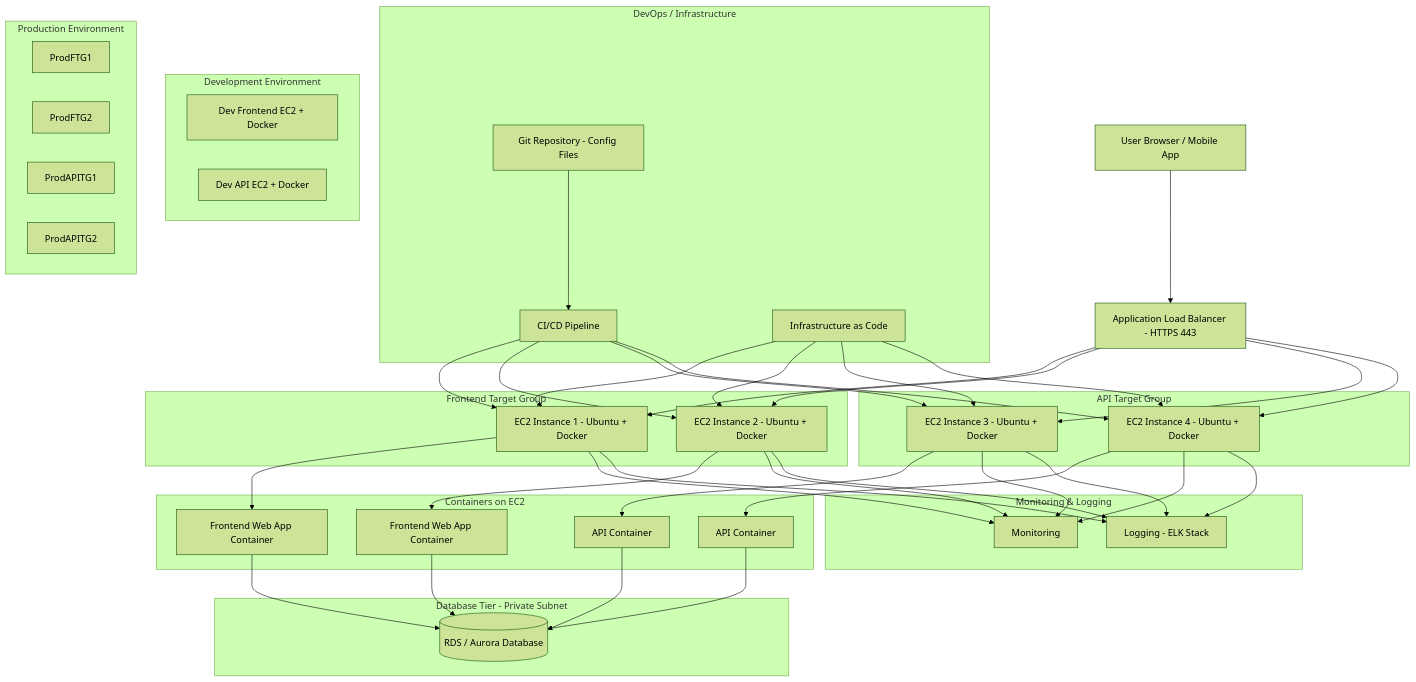
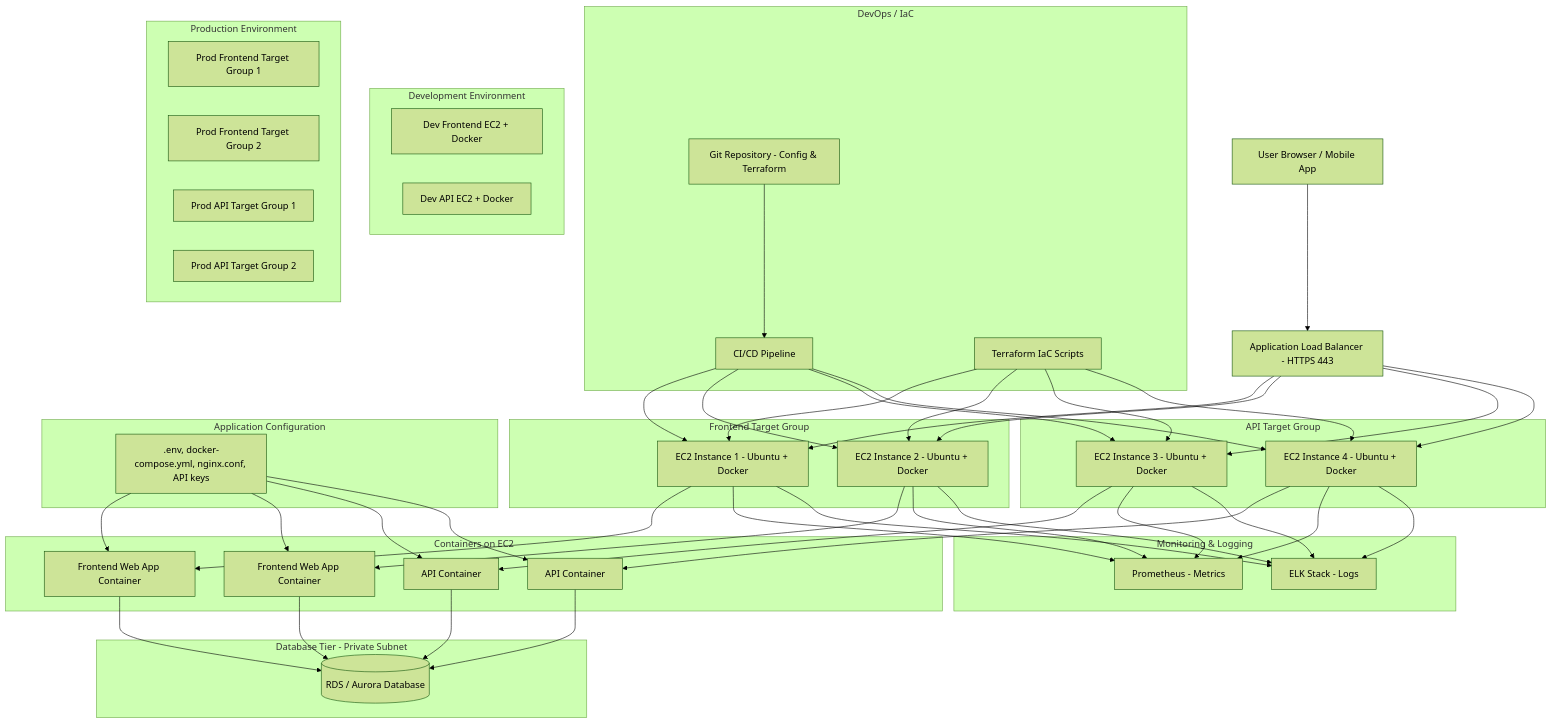
Before and after one commit to uploadtigris/project_CloudChef: the third of 3 diagrams in README.md, drawn with Mermaid (forest theme).

Commit message:
Revise README for DevOps and Application Config clarity
Updated the README to reflect changes in the DevOps and Application Config sections, including renaming and restructuring for clarity.

````diff
--- a/README.md
+++ b/README.md
@@ -177,11 +177,11 @@
     API1 --> RDS
     API2 --> RDS
 
-    %% DevOps / Infrastructure
-    subgraph "DevOps / Infrastructure"
-        Git[Git Repository - Config Files]
+    %% DevOps / Infrastructure (IaC) - Removed inline style
+    subgraph "DevOps / IaC"
+        Git[Git Repository - Config & Terraform]
         Pipeline[CI/CD Pipeline]
-        Terraform["Infrastructure as Code"]
+        Terraform["Terraform IaC Scripts"]
     end
 
     Git --> Pipeline
@@ -194,10 +194,20 @@
     Terraform --> APITG1
     Terraform --> APITG2
 
+    %% Application Config
+    subgraph "Application Configuration"
+        AppConfig[".env, docker-compose.yml, nginx.conf, API keys"]
+    end
+
+    AppConfig --> Web1
+    AppConfig --> Web2
+    AppConfig --> API1
+    AppConfig --> API2
+
     %% Monitoring & Logging
     subgraph "Monitoring & Logging"
-        Prometheus[Monitoring]
-        ELK[Logging - ELK Stack]
+        Prometheus[Prometheus - Metrics]
+        ELK[ELK Stack - Logs]
     end
 
     FTG1 --> Prometheus
@@ -216,9 +226,9 @@
     end
 
     subgraph "Production Environment"
-        ProdFTG1
-        ProdFTG2
-        ProdAPITG1
-        ProdAPITG2
+        ProdFTG1["Prod Frontend Target Group 1"]
+        ProdFTG2["Prod Frontend Target Group 2"]
+        ProdAPITG1["Prod API Target Group 1"]
+        ProdAPITG2["Prod API Target Group 2"]
     end
 ```
````
